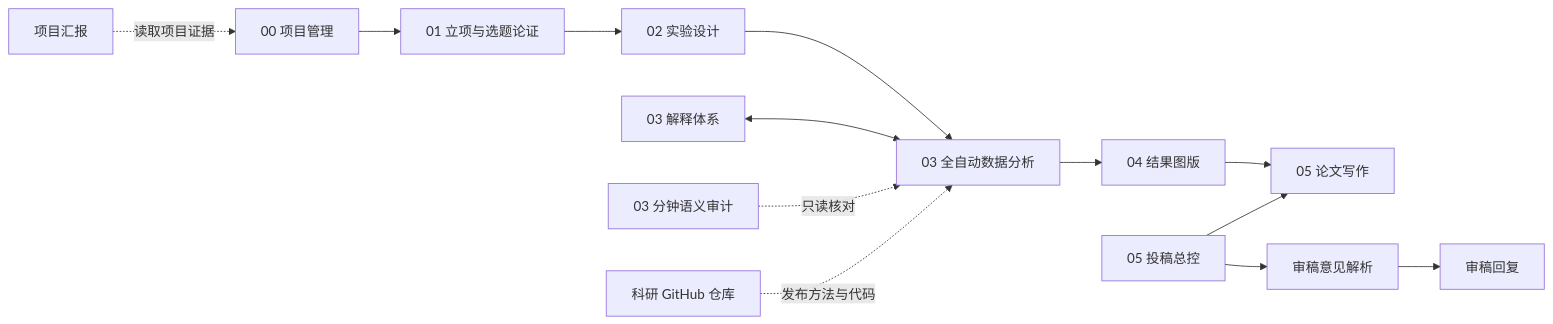
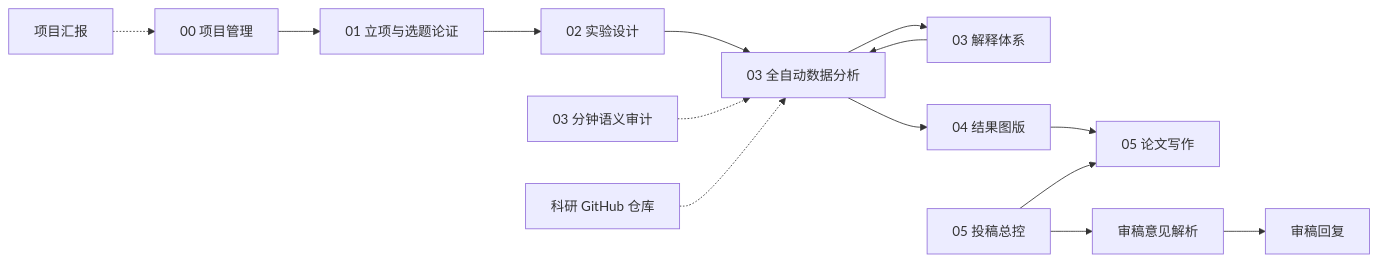
One commit to Cris-du/research-codex-skills changed the diagram in README.md. Above: the diagram before and after it, drawn with Mermaid.

Commit message:
Fix GitHub Mermaid compatibility

````diff
--- a/README.md
+++ b/README.md
@@ -14,15 +14,16 @@
 ```mermaid
 flowchart LR
     M[00 项目管理] --> F[01 立项与选题论证]
     F --> D[02 实验设计]
     D --> A[03 全自动数据分析]
-    E[03 解释体系] <--> A
-    U[03 分钟语义审计] -.只读核对.-> A
+    E[03 解释体系] --> A
+    A --> E
+    U[03 分钟语义审计] -.-> A
     A --> G[04 结果图版]
     G --> W[05 论文写作]
     P[05 投稿总控] --> W
     P --> RP[审稿意见解析]
     RP --> RR[审稿回复]
-    X[项目汇报] -.读取项目证据.-> M
-    H[科研 GitHub 仓库] -.发布方法与代码.-> A
+    X[项目汇报] -.-> M
+    H[科研 GitHub 仓库] -.-> A
 ```
````
